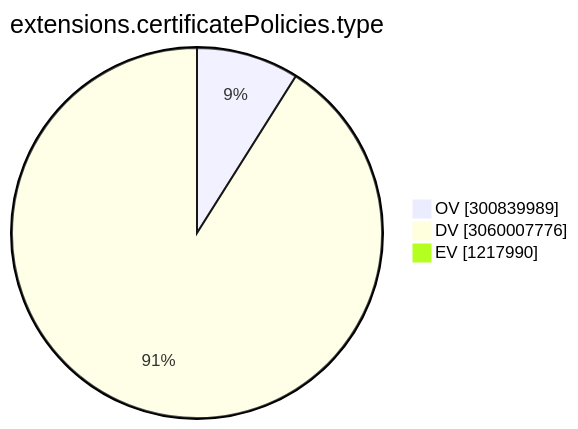
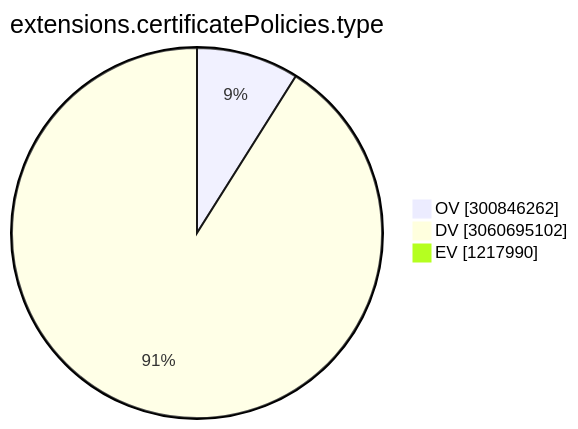
Before and after one commit to christiankrug/ctmonitor_visualization: the ninth of 15 diagrams in TOTAL/README.md, drawn with Mermaid. The commit also changed other lines of this file, not shown here.

````diff
--- a/TOTAL/README.md
+++ b/TOTAL/README.md
@@ -3102,7 +3102,7 @@
 ```mermaid
 pie showData
 title extensions.certificatePolicies.type
-"OV" :300839989
-"DV" :3060007776
+"OV" :300846262
+"DV" :3060695102
 "EV" :1217990
 ```
````
